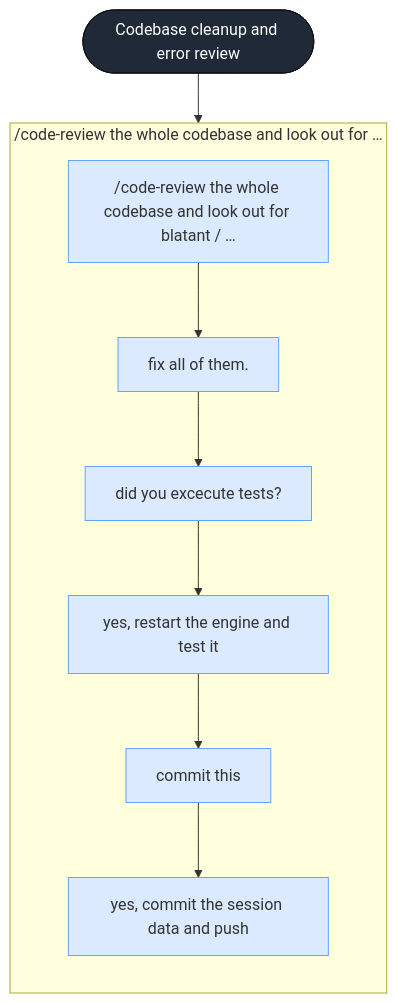
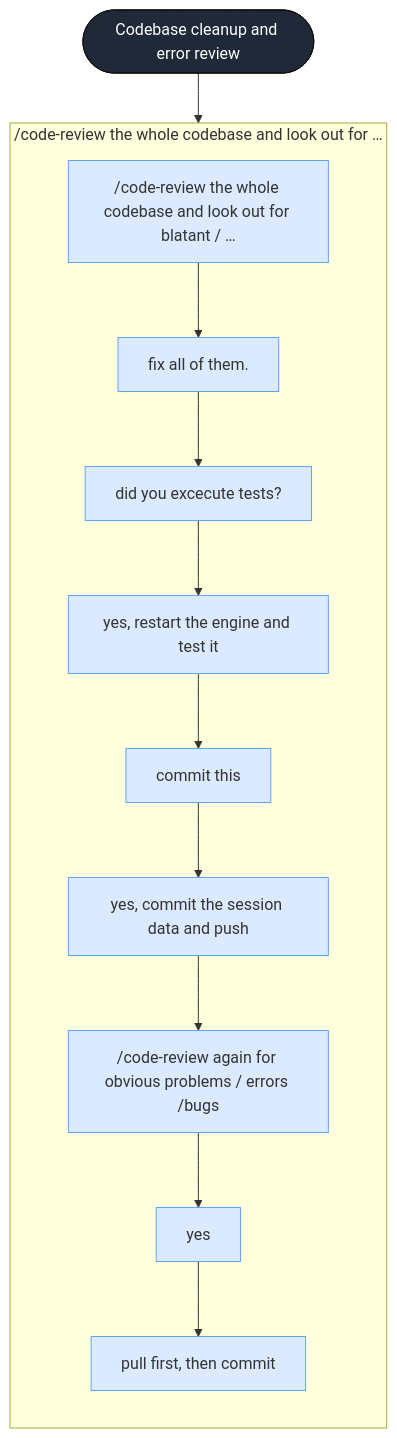
Before and after one commit to bar9/yolo-twice: the diagram in .yolo-twice/sessions/c825534a-b59a-4b96-8bbd-3d673669c58f/graph.mmd, drawn with Mermaid. The commit also changed 3 other files, not shown here.

```diff
--- a/.yolo-twice/sessions/c825534a-b59a-4b96-8bbd-3d673669c58f/graph.mmd
+++ b/.yolo-twice/sessions/c825534a-b59a-4b96-8bbd-3d673669c58f/graph.mmd
@@ -1,33 +1,42 @@
 flowchart TD
   s_c825534a_b59a_4b96_8bbd_3d673669c58f(["Codebase cleanup and error review"])
   subgraph p1 ["/code-review the whole codebase and look out for …"]
     direction TD
     t1["/code-review the whole codebase and look out for blatant / …"]
     t2["fix all of them."]
     t3["did you excecute tests?"]
     t4["yes, restart the engine and test it"]
     t5["commit this"]
     t6["yes, commit the session data and push"]
+    t7["/code-review again for obvious problems / errors /bugs"]
+    t8["yes"]
+    t9["pull first, then commit"]
   end
   s_c825534a_b59a_4b96_8bbd_3d673669c58f --> t1
   t1 --> t2
   t2 --> t3
   t3 --> t4
   t4 --> t5
   t5 --> t6
+  t6 --> t7
+  t7 --> t8
+  t8 --> t9
   classDef session fill:#1f2937,color:#fff,stroke:#111;
   classDef phase fill:#e5e7eb,stroke:#9ca3af;
   classDef turn fill:#dbeafe,stroke:#60a5fa;
   classDef branch fill:#fde68a,stroke:#d97706;
   classDef subagent fill:#ede9fe,stroke:#8b5cf6;
   classDef tool fill:#dcfce7,stroke:#22c55e;
   classDef error fill:#fee2e2,stroke:#ef4444;
   classDef text fill:#f3f4f6,stroke:#9ca3af;
   classDef thinking fill:#f3f4f6,stroke:#d1d5db,stroke-dasharray: 3 3;
   class s_c825534a_b59a_4b96_8bbd_3d673669c58f session;
   class t1 turn;
   class t2 turn;
   class t3 turn;
   class t4 turn;
   class t5 turn;
   class t6 turn;
+  class t7 turn;
+  class t8 turn;
+  class t9 turn;
```
